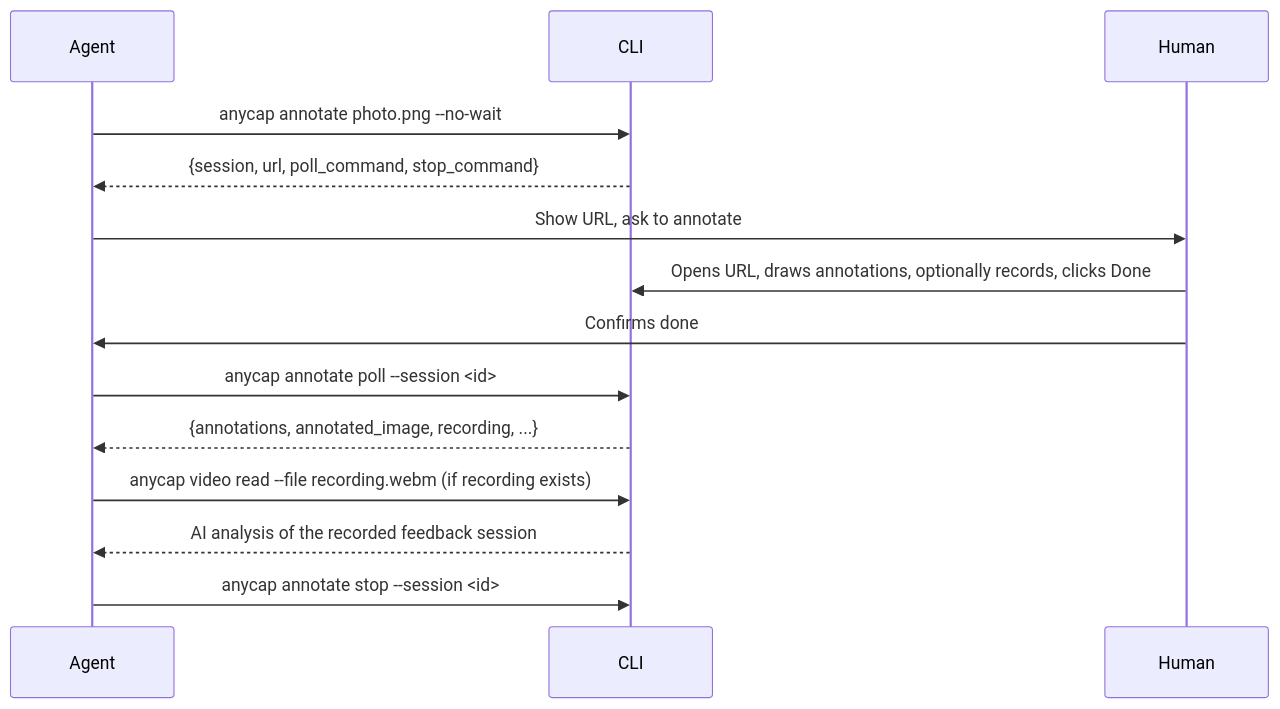
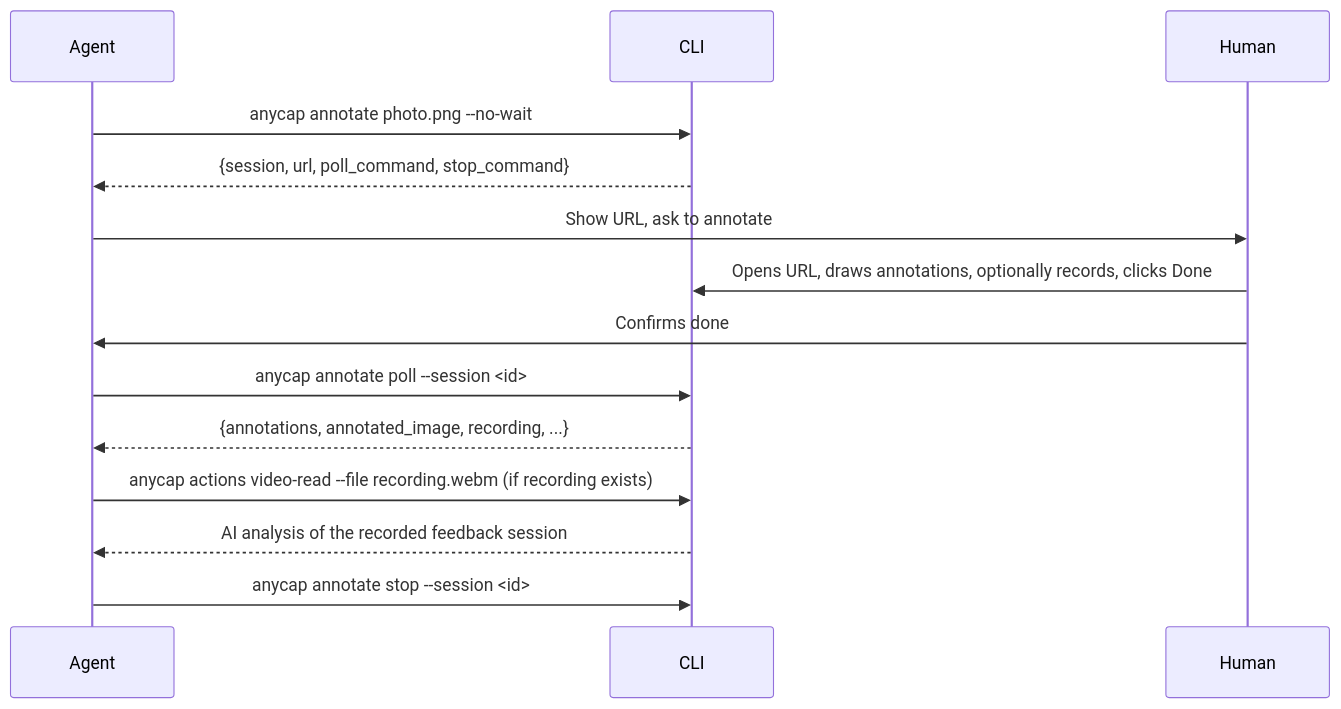
One commit to anycap-ai/anycap changed the diagram in internal/cli/skill/embedded/anycap-cli/references/annotation.md. Above: the diagram before and after it, drawn with Mermaid. The commit also changed other lines of this file and 5 other files, not shown here.

````diff
--- a/internal/cli/skill/embedded/anycap-cli/references/annotation.md
+++ b/internal/cli/skill/embedded/anycap-cli/references/annotation.md
@@ -50,17 +60,17 @@
 ```mermaid
 sequenceDiagram
     participant Agent
     participant CLI
     participant Human
 
     Agent->>CLI: anycap annotate photo.png --no-wait
     CLI-->>Agent: {session, url, poll_command, stop_command}
     Agent->>Human: Show URL, ask to annotate
     Human->>CLI: Opens URL, draws annotations, optionally records, clicks Done
     Human->>Agent: Confirms done
     Agent->>CLI: anycap annotate poll --session <id>
     CLI-->>Agent: {annotations, annotated_image, recording, ...}
-    Agent->>CLI: anycap video read --file recording.webm (if recording exists)
+    Agent->>CLI: anycap actions video-read --file recording.webm (if recording exists)
     CLI-->>Agent: AI analysis of the recorded feedback session
     Agent->>CLI: anycap annotate stop --session <id>
 ```
````
